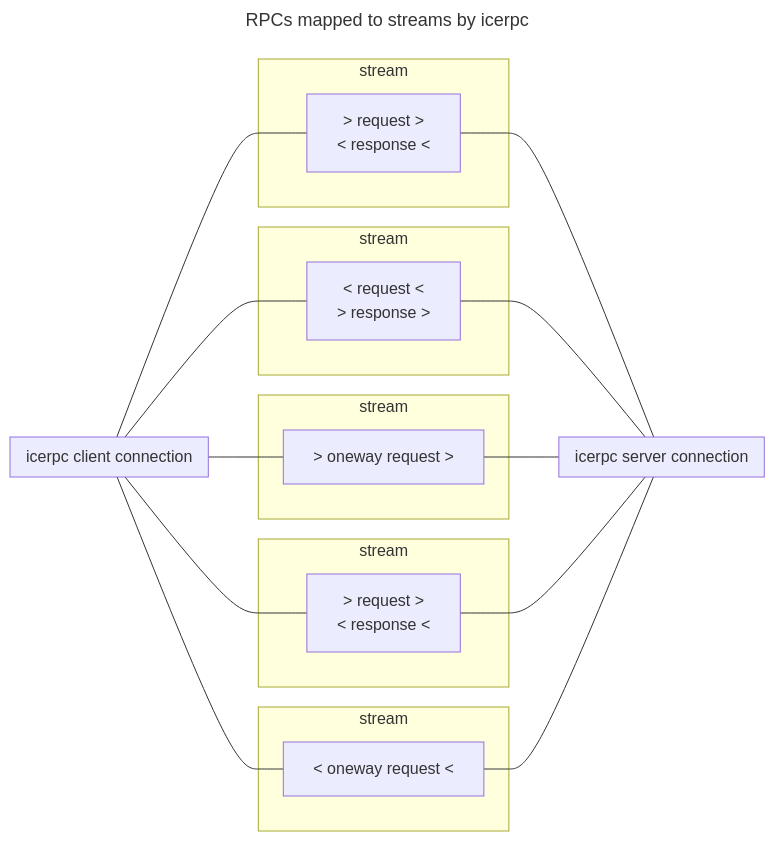
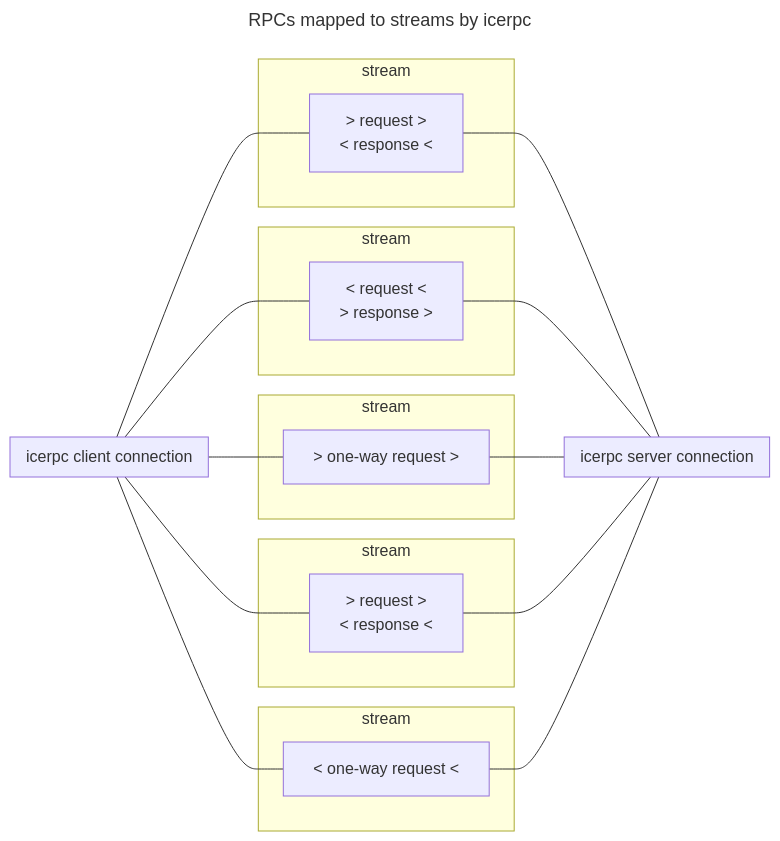
Before and after one commit to icerpc/icerpc-docs: the second of 3 diagrams in pages/icerpc/protocols-and-transports/icerpc-multiplexed-transports.md, drawn with Mermaid. The commit also changed other lines of this file and 4 other files, not shown here.

````diff
--- a/pages/icerpc/protocols-and-transports/icerpc-multiplexed-transports.md
+++ b/pages/icerpc/protocols-and-transports/icerpc-multiplexed-transports.md
@@ -44,35 +44,35 @@
 ```mermaid
 ---
 title: RPCs mapped to streams by icerpc
 ---
 flowchart LR
     subgraph Client [icerpc client connection]
     end
     subgraph Server [icerpc server connection]
     end
     subgraph stream0 [stream]
         s0["> request >\n < response <"]
     end
     subgraph stream1 [stream]
         s1["< request <\n > response >"]
     end
     subgraph stream2 [stream]
-        s2["> oneway request >"]
+        s2["> one-way request >"]
     end
     subgraph stream3 [stream]
         s3["> request >\n < response <"]
     end
     subgraph stream4 [stream]
-        s4["< oneway request <"]
+        s4["< one-way request <"]
     end
     Client --- s0
     Client --- s1
     Client --- s2
     Client --- s3
     Client --- s4
     s0 --- Server
     s1 --- Server
     s2 --- Server
     s3 --- Server
     s4 --- Server
 ```
````
